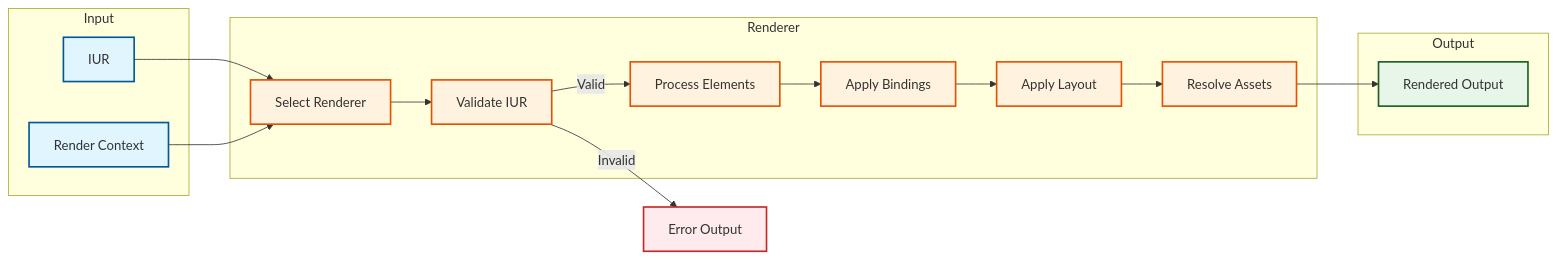
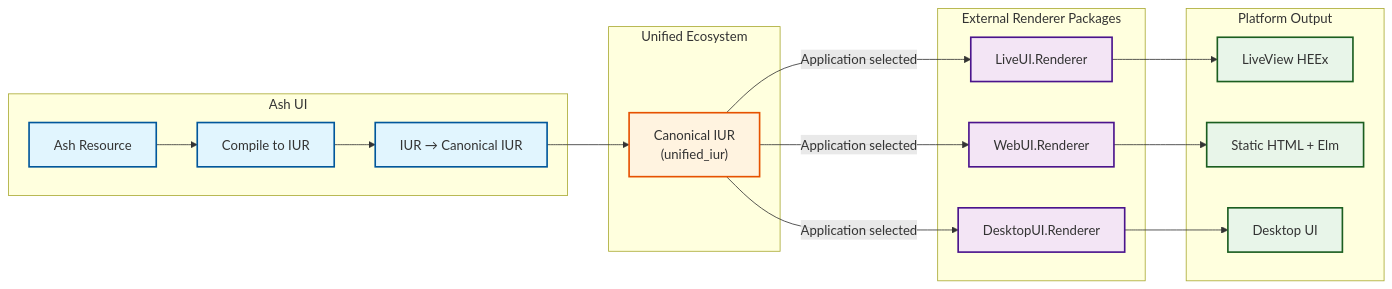
One commit to pcharbon70/ash_ui changed the first of 2 diagrams in specs/contracts/rendering_contract.md. Above: the diagram before and after it, drawn with Mermaid. The commit also changed other lines of this file and 9 other files, not shown here.

First line of the commit message:
Update Ash UI specs to integrate with unified-ui ecosystem

````diff
--- a/specs/contracts/rendering_contract.md
+++ b/specs/contracts/rendering_contract.md
@@ -202,40 +286,46 @@
 ```mermaid
 flowchart LR
-    subgraph Input["Input"]
-        IUR["IUR"]
-        Context["Render Context"]
+    subgraph AshUI["Ash UI"]
+        Resource["Ash Resource"]
+        Compiler["Compile to IUR"]
+        Adapter["IUR → Canonical IUR"]
     end
 
-    subgraph Renderer["Renderer"]
-        Select["Select Renderer"]
-        Validate["Validate IUR"]
-        Process["Process Elements"]
-        Bind["Apply Bindings"]
-        Layout["Apply Layout"]
-        Assets["Resolve Assets"]
+    subgraph Unified["Unified Ecosystem"]
+        Canonical["Canonical IUR<br/>(unified_iur)"]
     end
 
-    subgraph Output["Output"]
-        Result["Rendered Output"]
+    subgraph Renderers["External Renderer Packages"]
+        Live["LiveUI.Renderer"]
+        Web["WebUI.Renderer"]
+        Desktop["DesktopUI.Renderer"]
     end
 
-    IUR --> Select
-    Context --> Select
-    Select --> Validate
-    Validate -->|Valid| Process
-    Validate -->|Invalid| Error["Error Output"]
-    Process --> Bind
-    Bind --> Layout
-    Layout --> Assets
-    Assets --> Result
+    subgraph Output["Platform Output"]
+        LV["LiveView HEEx"]
+        HTML["Static HTML + Elm"]
+        Native["Desktop UI"]
+    end
 
-    classDef input fill:#e1f5fe,stroke:#01579b,stroke-width:2px
-    classDef renderer fill:#fff3e0,stroke:#e65100,stroke-width:2px
+    Resource --> Compiler
+    Compiler --> Adapter
+    Adapter --> Canonical
+
+    Canonical -->|"Application selected"| Live
+    Canonical -->|"Application selected"| Web
+    Canonical -->|"Application selected"| Desktop
+
+    Live --> LV
+    Web --> HTML
+    Desktop --> Native
+
+    classDef ashui fill:#e1f5fe,stroke:#01579b,stroke-width:2px
+    classDef unified fill:#fff3e0,stroke:#e65100,stroke-width:2px
+    classDef renderer fill:#f3e5f5,stroke:#4a148c,stroke-width:2px
     classDef output fill:#e8f5e9,stroke:#1b5e20,stroke-width:2px
-    classDef error fill:#ffebee,stroke:#c62828,stroke-width:2px
 
-    class IUR,Context input
-    class Select,Validate,Process,Bind,Layout,Assets renderer
-    class Result output
-    class Error error
+    class Resource,Compiler,Adapter ashui
+    class Canonical unified
+    class Live,Web,Desktop renderer
+    class LV,HTML,Native output
 ```
````
